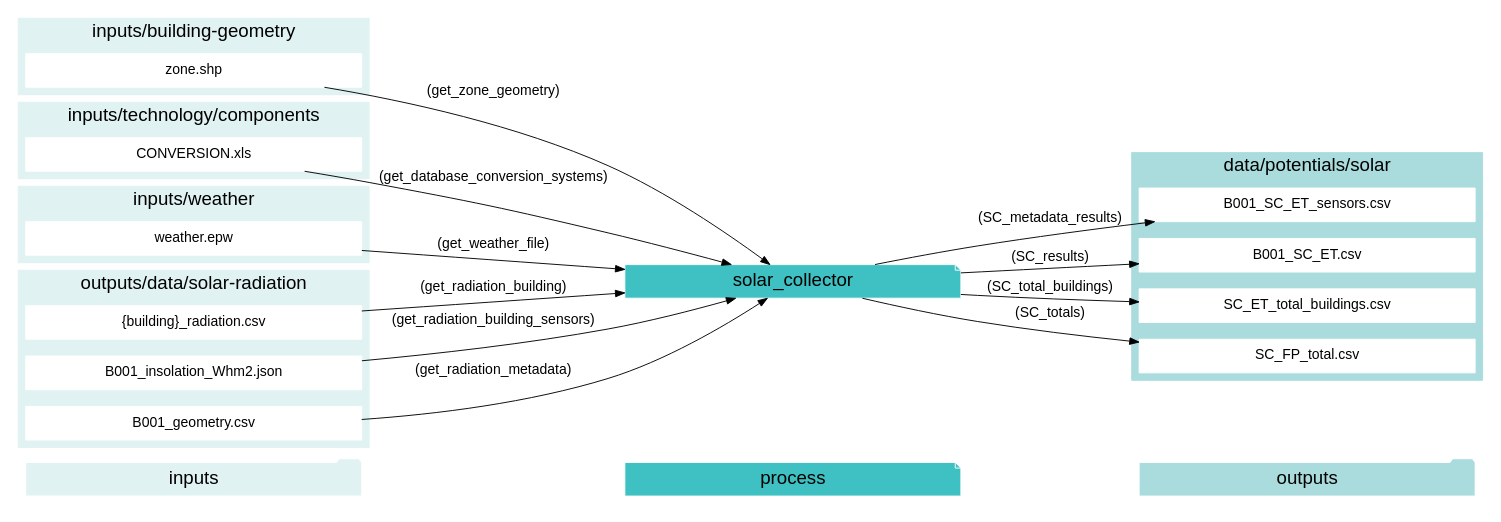
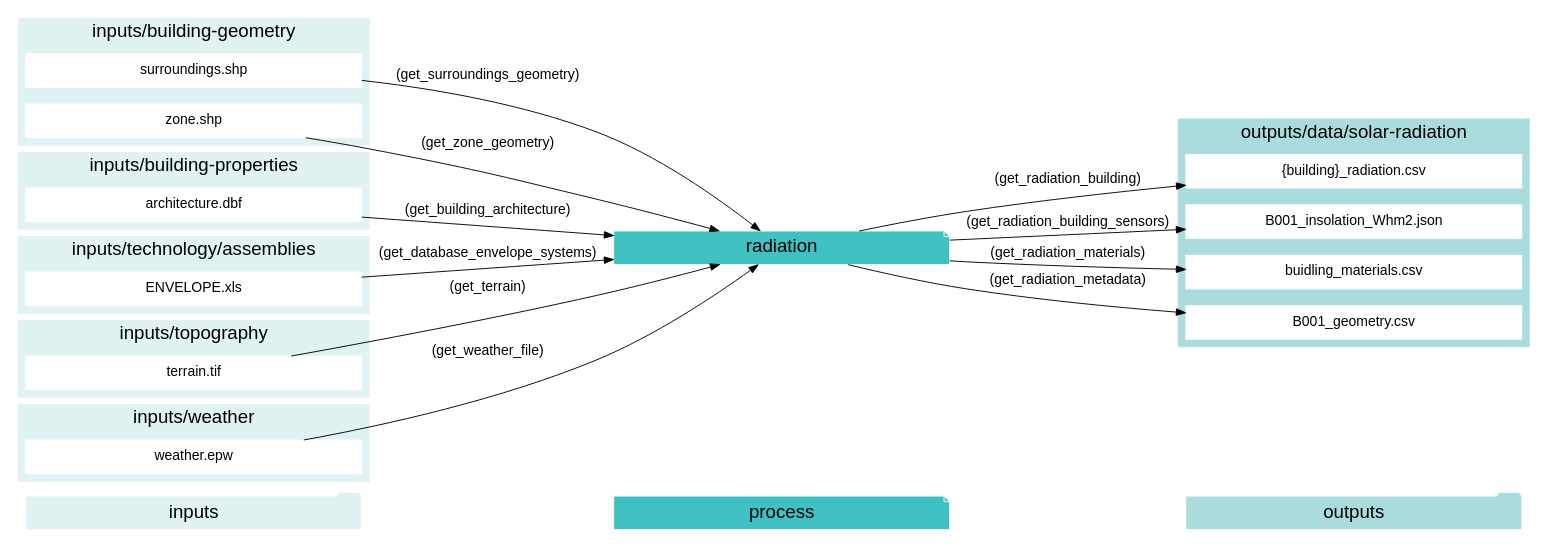
Before and after one commit to architecture-building-systems/CityEnergyAnalyst: the ninth of 22 diagrams in docs/script-data-flow.rst, drawn with Graphviz. The commit also changed other lines of this file and 27 other files, not shown here.

Commit message:
graphviz script overviews now work

```diff
--- a/docs/script-data-flow.rst
+++ b/docs/script-data-flow.rst
@@ -568,74 +561,81 @@
 .. graphviz::
 
-    digraph solar_collector {
+    digraph radiation {
     rankdir="LR";
     graph [overlap=false, fontname=arial];
     node [shape=box, style=filled, color=white, fontsize=15, fontname=arial, fixedsize=true, width=5];
     edge [fontname=arial, fontsize = 15]
     newrank=true
     subgraph cluster_legend {
-    fontsize=25
-    style=invis
-    "process"[style=filled, fillcolor="#3FC0C2", shape=note, fontsize=20, fontname="arial"]
-    "inputs" [style=filled, shape=folder, color=white, fillcolor="#E1F2F2", fontsize=20]
-    "outputs"[style=filled, shape=folder, color=white, fillcolor="#aadcdd", fontsize=20]
-    "inputs"->"process"[style=invis]
-    "process"->"outputs"[style=invis]
+        fontsize=25
+        style=invis
+        "process"[style=filled, fillcolor="#3FC0C2", shape=note, fontsize=20, fontname="arial"]
+        "inputs" [style=filled, shape=folder, color=white, fillcolor="#E1F2F2", fontsize=20]
+        "outputs"[style=filled, shape=folder, color=white, fillcolor="#aadcdd", fontsize=20]
+        "inputs"->"process"[style=invis]
+        "process"->"outputs"[style=invis]
     }
-    "solar_collector"[style=filled, color=white, fillcolor="#3FC0C2", shape=note, fontsize=20, fontname=arial];
-    subgraph cluster_0_out {
+    "radiation"[style=filled, color=white, fillcolor="#3FC0C2", shape=note, fontsize=20, fontname=arial];
+    subgraph cluster_0_in {
         style = filled;
-        color = "#aadcdd";
+        color = "#E1F2F2";
         fontsize = 20;
         rank=same;
-        label="data/potentials/solar";
-        "B001_SC_ET_sensors.csv"
-        "B001_SC_ET.csv"
-        "SC_ET_total_buildings.csv"
-        "SC_FP_total.csv"
+        label="inputs/building-geometry";
+        get_surroundings_geometry[label="surroundings.shp"];
+        get_zone_geometry[label="zone.shp"];
     }
     subgraph cluster_1_in {
         style = filled;
         color = "#E1F2F2";
         fontsize = 20;
         rank=same;
-        label="inputs/building-geometry";
-        "zone.shp"
+        label="inputs/building-properties";
+        get_building_architecture[label="architecture.dbf"];
     }
     subgraph cluster_2_in {
         style = filled;
         color = "#E1F2F2";
         fontsize = 20;
         rank=same;
-        label="inputs/technology/components";
-        "CONVERSION.xls"
+        label="inputs/technology/assemblies";
+        get_database_envelope_systems[label="ENVELOPE.xls"];
     }
     subgraph cluster_3_in {
         style = filled;
         color = "#E1F2F2";
         fontsize = 20;
         rank=same;
-        label="inputs/weather";
-        "weather.epw"
+        label="inputs/topography";
+        get_terrain[label="terrain.tif"];
     }
     subgraph cluster_4_in {
         style = filled;
         color = "#E1F2F2";
         fontsize = 20;
         rank=same;
+        label="inputs/weather";
+        get_weather_file[label="weather.epw"];
+    }
+    subgraph cluster_5_out {
+        style = filled;
+        color = "#aadcdd";
+        fontsize = 20;
+        rank=same;
         label="outputs/data/solar-radiation";
-        "{building}_radiation.csv"
-        "B001_insolation_Whm2.json"
-        "B001_geometry.csv"
+        get_radiation_building[label="{building}_radiation.csv"];
+        get_radiation_building_sensors[label="B001_insolation_Whm2.json"];
+        get_radiation_materials[label="buidling_materials.csv"];
+        get_radiation_metadata[label="B001_geometry.csv"];
     }
-    "CONVERSION.xls" -> "solar_collector"[label="(get_database_conversion_systems)"]
-    "{building}_radiation.csv" -> "solar_collector"[label="(get_radiation_building)"]
-    "B001_insolation_Whm2.json" -> "solar_collector"[label="(get_radiation_building_sensors)"]
-    "B001_geometry.csv" -> "solar_collector"[label="(get_radiation_metadata)"]
-    "weather.epw" -> "solar_collector"[label="(get_weather_file)"]
-    "zone.shp" -> "solar_collector"[label="(get_zone_geometry)"]
-    "solar_collector" -> "B001_SC_ET_sensors.csv"[label="(SC_metadata_results)"]
-    "solar_collector" -> "B001_SC_ET.csv"[label="(SC_results)"]
-    "solar_collector" -> "SC_ET_total_buildings.csv"[label="(SC_total_buildings)"]
-    "solar_collector" -> "SC_FP_total.csv"[label="(SC_totals)"]
+    get_building_architecture -> "radiation"[label="(get_building_architecture)"];
+    get_database_envelope_systems -> "radiation"[label="(get_database_envelope_systems)"];
+    get_surroundings_geometry -> "radiation"[label="(get_surroundings_geometry)"];
+    get_terrain -> "radiation"[label="(get_terrain)"];
+    get_weather_file -> "radiation"[label="(get_weather_file)"];
+    get_zone_geometry -> "radiation"[label="(get_zone_geometry)"];
+    "radiation" -> get_radiation_building[label="(get_radiation_building)"];
+    "radiation" -> get_radiation_building_sensors[label="(get_radiation_building_sensors)"];
+    "radiation" -> get_radiation_materials[label="(get_radiation_materials)"];
+    "radiation" -> get_radiation_metadata[label="(get_radiation_metadata)"];
     }
```
